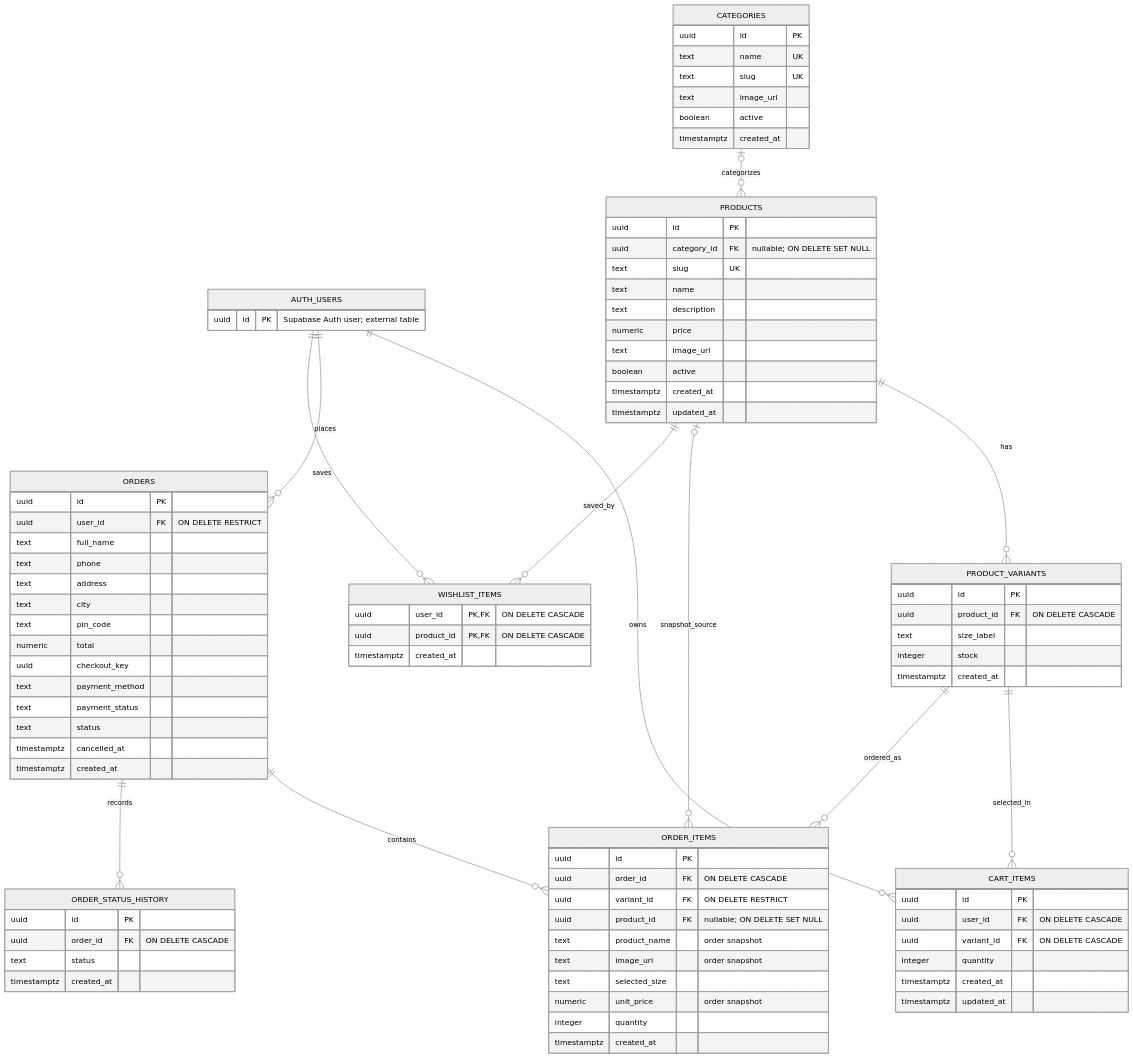
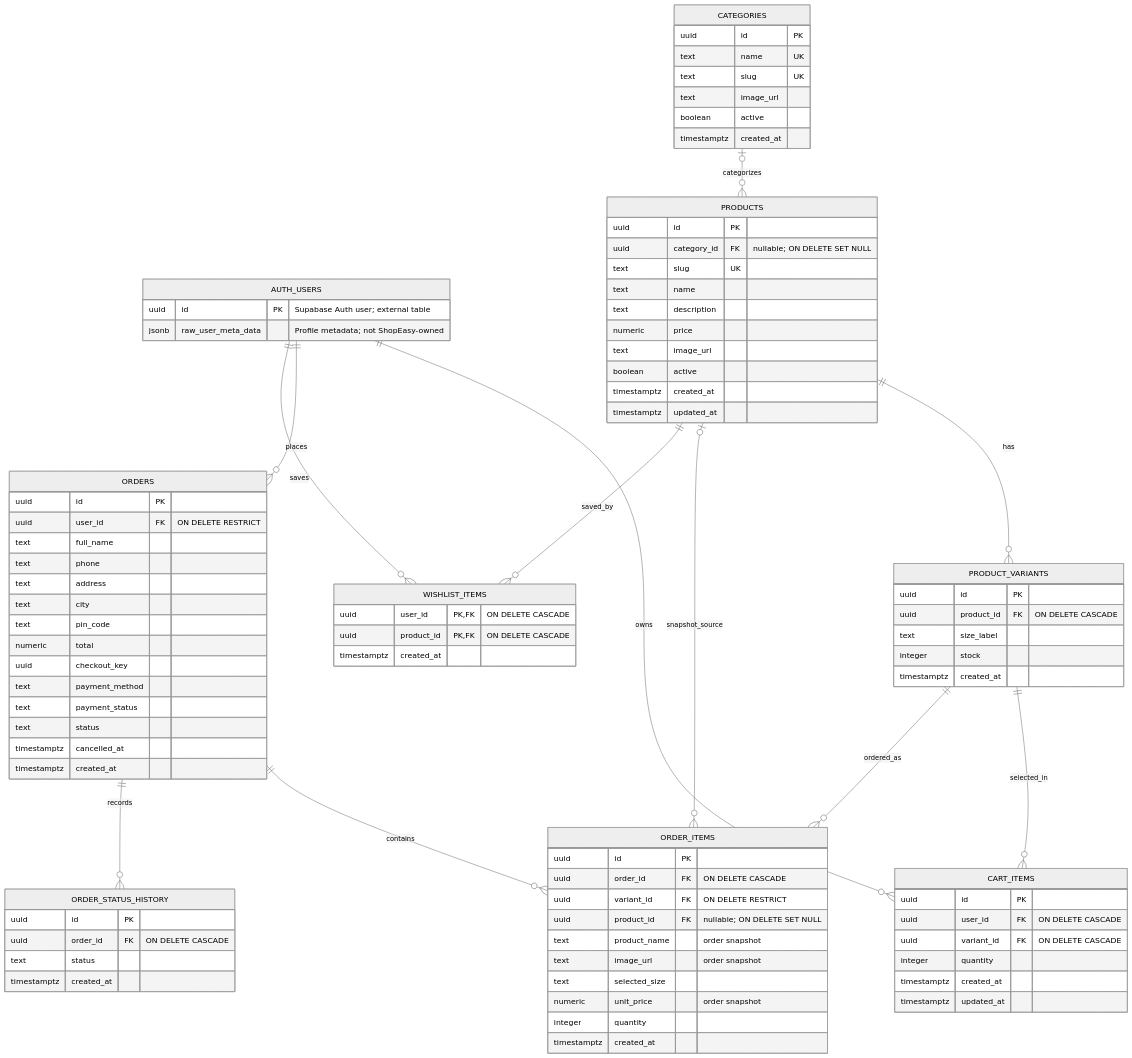
The diagram in docs/ER-diagram.mmd (Im-Ariyan/ShopEasy), drawn with Mermaid (neutral theme) before and after one commit. The commit also changed 16 other files, not shown here.

First line of the commit message:
Add submission screenshots and ER diagram

```diff
--- a/docs/ER-diagram.mmd
+++ b/docs/ER-diagram.mmd
@@ -1,93 +1,94 @@
 erDiagram
     AUTH_USERS {
         uuid id PK "Supabase Auth user; external table"
+        jsonb raw_user_meta_data "Profile metadata; not ShopEasy-owned"
     }
     CATEGORIES {
         uuid id PK
         text name UK
         text slug UK
         text image_url
         boolean active
         timestamptz created_at
     }
     PRODUCTS {
         uuid id PK
         uuid category_id FK "nullable; ON DELETE SET NULL"
         text slug UK
         text name
         text description
         numeric price
         text image_url
         boolean active
         timestamptz created_at
         timestamptz updated_at
     }
     %% PRODUCT_VARIANTS is unique on the pair (product_id, size_label).
     PRODUCT_VARIANTS {
         uuid id PK
         uuid product_id FK "ON DELETE CASCADE"
         text size_label
         integer stock
         timestamptz created_at
     }
     CART_ITEMS {
         uuid id PK
         uuid user_id FK "ON DELETE CASCADE"
         uuid variant_id FK "ON DELETE CASCADE"
         integer quantity
         timestamptz created_at
         timestamptz updated_at
     }
     %% CART_ITEMS is unique on the pair (user_id, variant_id).
     ORDERS {
         uuid id PK
         uuid user_id FK "ON DELETE RESTRICT"
         text full_name
         text phone
         text address
         text city
         text pin_code
         numeric total
         uuid checkout_key
         text payment_method
         text payment_status
         text status
         timestamptz cancelled_at
         timestamptz created_at
     }
     %% ORDERS is unique on the pair (user_id, checkout_key).
     ORDER_ITEMS {
         uuid id PK
         uuid order_id FK "ON DELETE CASCADE"
         uuid variant_id FK "ON DELETE RESTRICT"
         uuid product_id FK "nullable; ON DELETE SET NULL"
         text product_name "order snapshot"
         text image_url "order snapshot"
         text selected_size
         numeric unit_price "order snapshot"
         integer quantity
         timestamptz created_at
     }
     ORDER_STATUS_HISTORY {
         uuid id PK
         uuid order_id FK "ON DELETE CASCADE"
         text status
         timestamptz created_at
     }
     WISHLIST_ITEMS {
         uuid user_id PK, FK "ON DELETE CASCADE"
         uuid product_id PK, FK "ON DELETE CASCADE"
         timestamptz created_at
     }
 
     CATEGORIES o|--o{ PRODUCTS : categorizes
     PRODUCTS ||--o{ PRODUCT_VARIANTS : has
     AUTH_USERS ||--o{ CART_ITEMS : owns
     PRODUCT_VARIANTS ||--o{ CART_ITEMS : selected_in
     AUTH_USERS ||--o{ ORDERS : places
     ORDERS ||--o{ ORDER_ITEMS : contains
     PRODUCT_VARIANTS ||--o{ ORDER_ITEMS : ordered_as
     PRODUCTS o|--o{ ORDER_ITEMS : snapshot_source
     ORDERS ||--o{ ORDER_STATUS_HISTORY : records
     AUTH_USERS ||--o{ WISHLIST_ITEMS : saves
     PRODUCTS ||--o{ WISHLIST_ITEMS : saved_by
```
